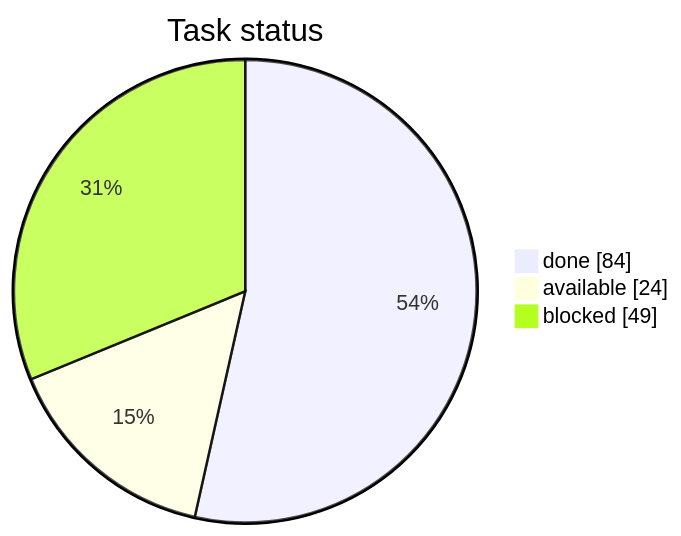
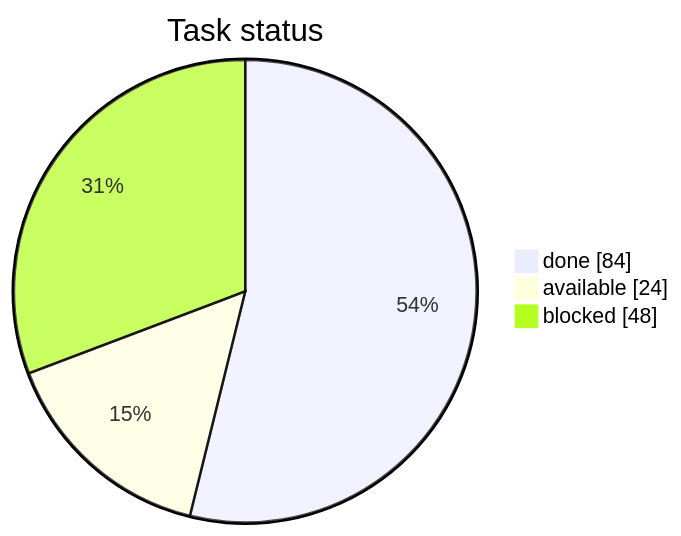
The first of 3 diagrams in STATUS.md (artemiiShabanov/RallyRivals), drawn with Mermaid before and after one commit. The commit also changed other lines of this file and 2 other files, not shown here.

````diff
--- a/STATUS.md
+++ b/STATUS.md
@@ -7,7 +7,7 @@
 ```mermaid
 pie showData
     title Task status
     "done" : 84
     "available" : 24
-    "blocked" : 49
+    "blocked" : 48
 ```
````
